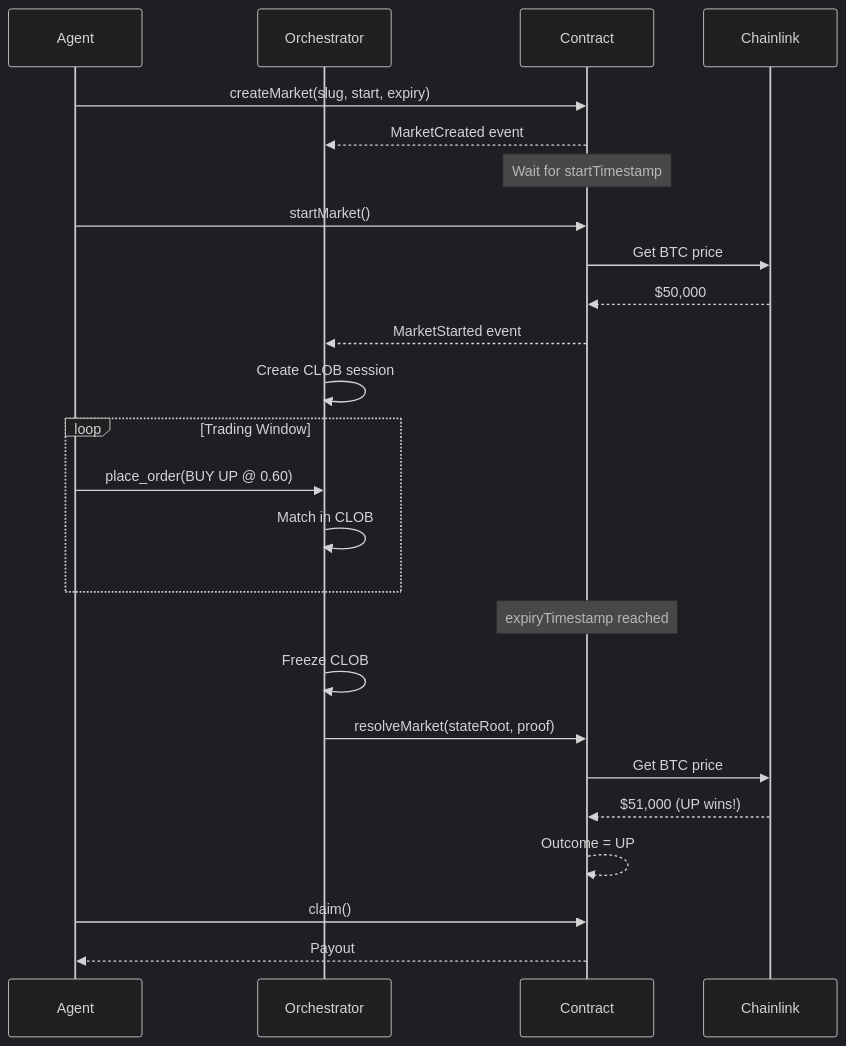
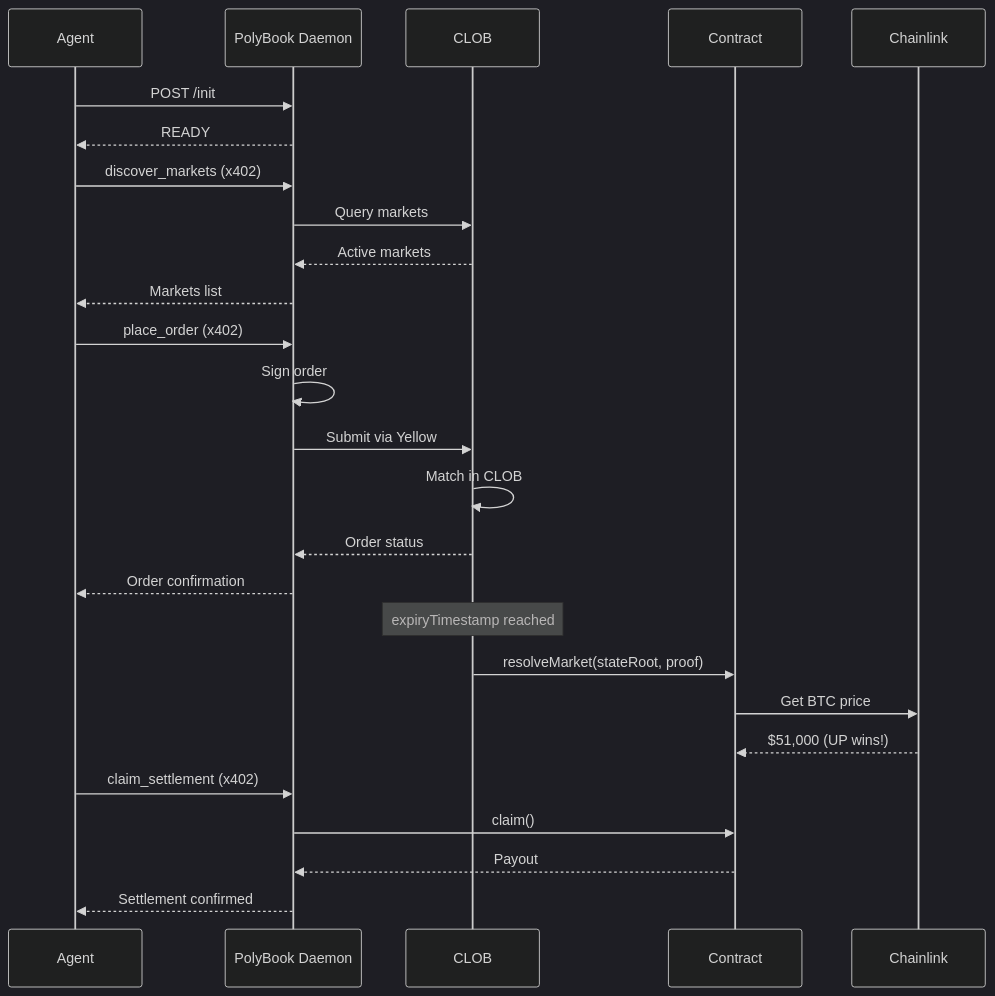
Before and after one commit to sanchaymittal/polybook: the diagram in README.md, drawn with Mermaid (dark theme). The commit also changed other lines of this file and 1 other file, not shown here.

````diff
--- a/README.md
+++ b/README.md
@@ -128,34 +193,34 @@
 ```mermaid
 sequenceDiagram
     participant Agent
-    participant Orchestrator
+    participant Daemon as PolyBook Daemon
+    participant CLOB
     participant Contract
     participant Chainlink
 
-    Agent->>Contract: createMarket(slug, start, expiry)
-    Contract-->>Orchestrator: MarketCreated event
+    Agent->>Daemon: POST /init
+    Daemon-->>Agent: READY
 
-    Note over Contract: Wait for startTimestamp
+    Agent->>Daemon: discover_markets (x402)
+    Daemon->>CLOB: Query markets
+    CLOB-->>Daemon: Active markets
+    Daemon-->>Agent: Markets list
 
-    Agent->>Contract: startMarket()
-    Contract->>Chainlink: Get BTC price
-    Chainlink-->>Contract: $50,000
-    Contract-->>Orchestrator: MarketStarted event
-    Orchestrator->>Orchestrator: Create CLOB session
+    Agent->>Daemon: place_order (x402)
+    Daemon->>Daemon: Sign order
+    Daemon->>CLOB: Submit via Yellow
+    CLOB->>CLOB: Match in CLOB
+    CLOB-->>Daemon: Order status
+    Daemon-->>Agent: Order confirmation
 
-    loop Trading Window
-        Agent->>Orchestrator: place_order(BUY UP @ 0.60)
-        Orchestrator->>Orchestrator: Match in CLOB
-    end
+    Note over CLOB: expiryTimestamp reached
 
-    Note over Contract: expiryTimestamp reached
-
-    Orchestrator->>Orchestrator: Freeze CLOB
-    Orchestrator->>Contract: resolveMarket(stateRoot, proof)
+    CLOB->>Contract: resolveMarket(stateRoot, proof)
     Contract->>Chainlink: Get BTC price
     Chainlink-->>Contract: $51,000 (UP wins!)
-    Contract-->>Contract: Outcome = UP
 
-    Agent->>Contract: claim()
-    Contract-->>Agent: Payout
+    Agent->>Daemon: claim_settlement (x402)
+    Daemon->>Contract: claim()
+    Contract-->>Daemon: Payout
+    Daemon-->>Agent: Settlement confirmed
 ```
````
